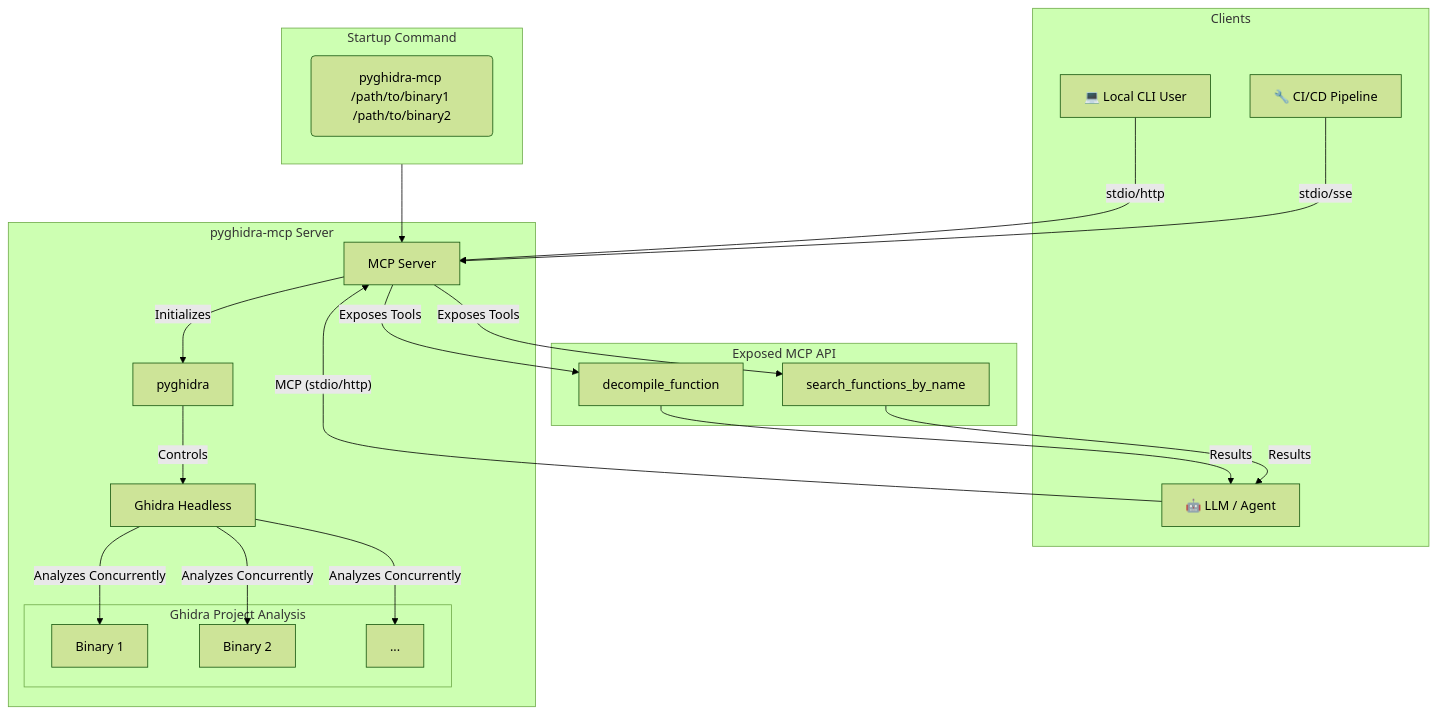
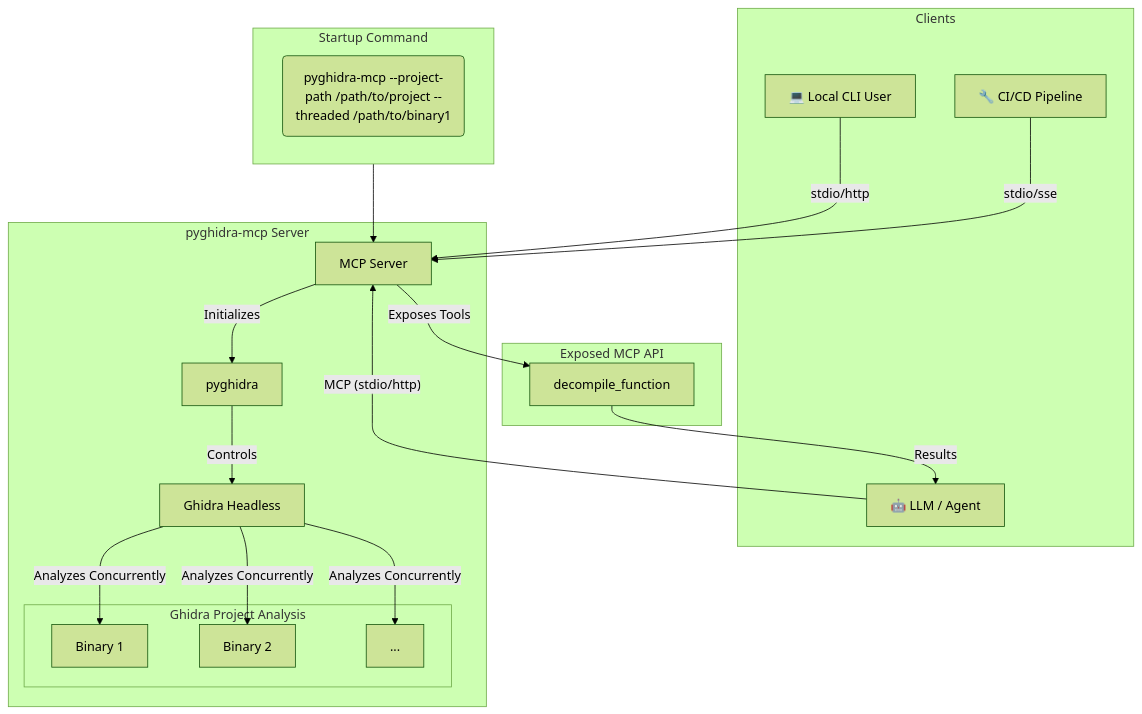
One commit to clearbluejar/pyghidra-mcp changed the diagram in README.md. Above: the diagram before and after it, drawn with Mermaid (forest theme). The commit also changed other lines of this file and 3 other files, not shown here.

````diff
--- a/README.md
+++ b/README.md
@@ -41,51 +41,48 @@
 ```mermaid
 graph TD
     subgraph Clients
         A[🤖 LLM / Agent]
         B[💻 Local CLI User]
         C[🔧 CI/CD Pipeline]
     end
 
     subgraph Startup Command
         direction LR
-        cmd("`pyghidra-mcp /path/to/binary1 /path/to/binary2`")
+        cmd("`pyghidra-mcp --project-path /path/to/project --threaded /path/to/binary1`")
     end
 
     subgraph "pyghidra-mcp Server"
         D[MCP Server]
         E[pyghidra ]
         F[Ghidra Headless]
 
       subgraph "Ghidra Project Analysis"
           G[Binary 1]
           H[Binary 2]
           I[...]
       end
     end
 
 
 
     cmd --> D
 
     A -- "MCP (stdio/http)" --> D
     B -- "stdio/http" --> D
     C -- "stdio/sse" --> D
 
     D -- "Initializes" --> E
     E -- "Controls" --> F
 
     F -- "Analyzes Concurrently" --> G
     F -- "Analyzes Concurrently" --> H
     F -- "Analyzes Concurrently" --> I
 
     subgraph "Exposed MCP API"
         J[decompile_function]
-        K[search_functions_by_name]
     end
 
     D -- "Exposes Tools" --> J
-    D -- "Exposes Tools" --> K
 
     J -- "Results" --> A
-    K -- "Results" --> A
 ```
````
